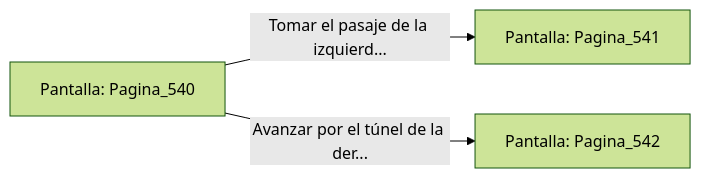
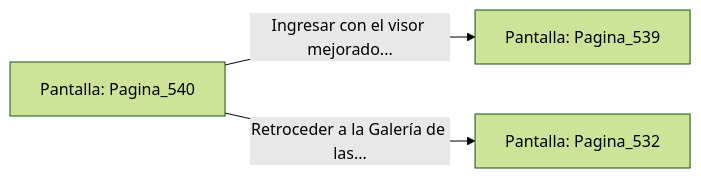
Before and after one commit to metsuke/mpl: the diagram in sample/eligejuego-vault/Pantalla_Pagina_540.md, drawn with Mermaid (forest theme). The commit also changed other lines of this file and 635 other files, not shown here.

First line of the commit message:
fix: añadir Pagina_1 como pantalla inicial en capitulo_01.mpl

````diff
--- a/sample/eligejuego-vault/Pantalla_Pagina_540.md
+++ b/sample/eligejuego-vault/Pantalla_Pagina_540.md
@@ -20,6 +22,6 @@
 ```mermaid
 graph LR
     P_Pagina_540["Pantalla: Pagina_540"]
-    P_Pagina_540 -->|"Tomar el pasaje de la izquierd..."| P_Pagina_541["Pantalla: Pagina_541"]
-    P_Pagina_540 -->|"Avanzar por el túnel de la der..."| P_Pagina_542["Pantalla: Pagina_542"]
+    P_Pagina_540 -->|"Ingresar con el visor mejorado..."| P_Pagina_539["Pantalla: Pagina_539"]
+    P_Pagina_540 -->|"Retroceder a la Galería de las..."| P_Pagina_532["Pantalla: Pagina_532"]
 ```
````
